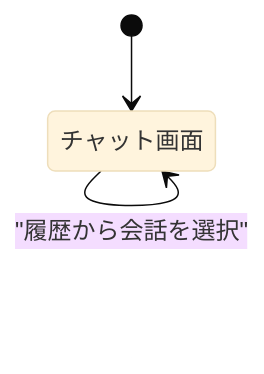
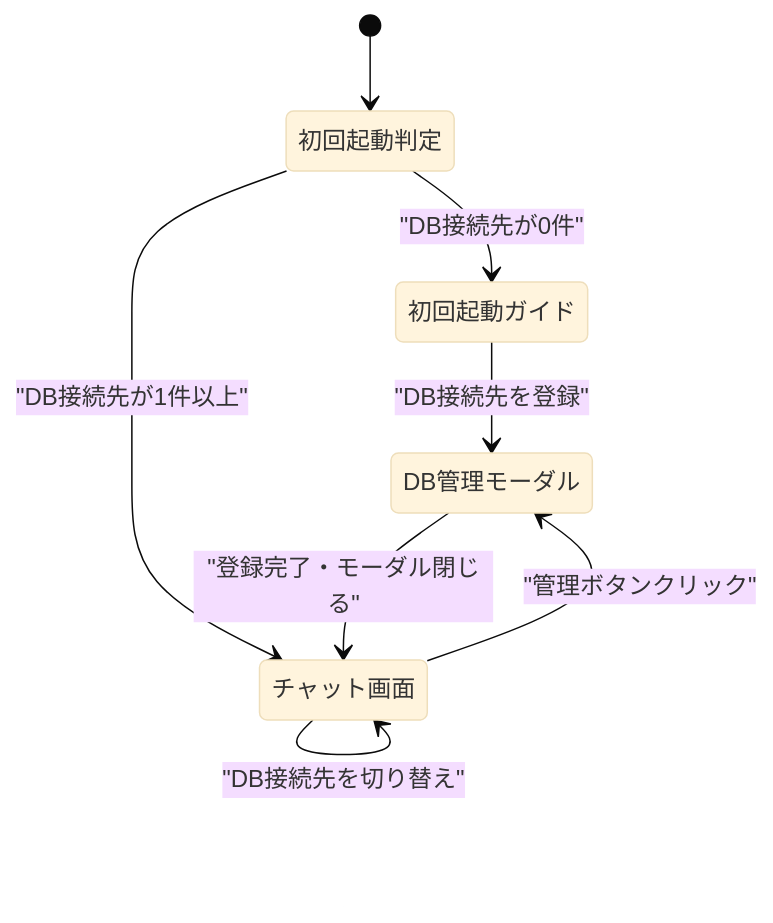
Before and after one commit to okegawaatclink/gaido-dataagent: the first of 4 diagrams in ai_generated/requirements/screens.md, drawn with Mermaid (base theme). The commit also changed other lines of this file and 7 other files, not shown here.

````diff
--- a/ai_generated/requirements/screens.md
+++ b/ai_generated/requirements/screens.md
@@ -13,6 +13,13 @@
 ```mermaid
 stateDiagram-v2
-    [*] --> チャット画面
+    [*] --> 初回起動判定
+    state 初回起動判定 <<choice>>
+    初回起動判定 --> 初回起動ガイド: "DB接続先が0件"
+    初回起動判定 --> チャット画面: "DB接続先が1件以上"
+    初回起動ガイド --> DB管理モーダル: "DB接続先を登録"
+    DB管理モーダル --> チャット画面: "登録完了・モーダル閉じる"
     チャット画面 --> チャット画面: "新しい会話を作成"
     チャット画面 --> チャット画面: "履歴から会話を選択"
+    チャット画面 --> チャット画面: "DB接続先を切り替え"
+    チャット画面 --> DB管理モーダル: "管理ボタンクリック"
 ```
````
